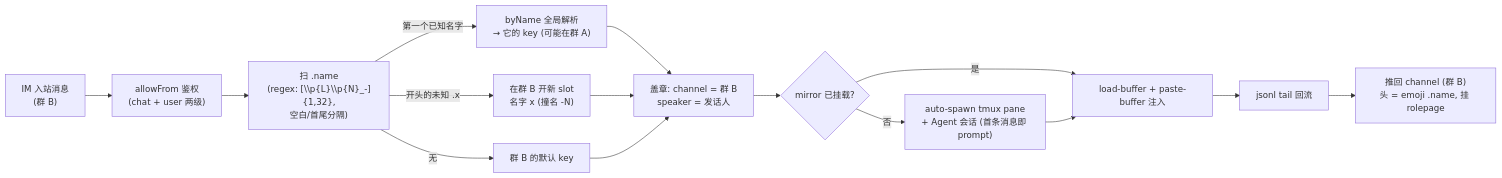
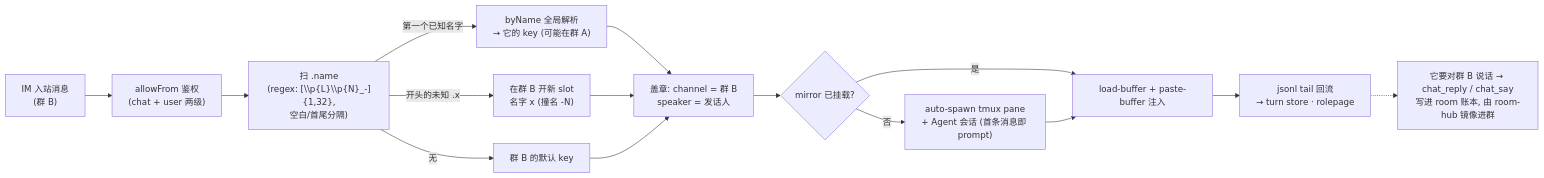
The fourth of 13 diagrams in 技术说明.md (guxi11/wezard), drawn with Mermaid before and after one commit. The commit also changed other lines of this file and 3 other files, not shown here.

````diff
--- a/技术说明.md
+++ b/技术说明.md
@@ -104,17 +110,17 @@
 ```mermaid
 flowchart LR
     msg["IM 入站消息<br/>(群 B)"] --> auth["allowFrom 鉴权<br/>(chat + user 两级)"]
     auth --> scan["扫 .name<br/>(regex: [\\p{L}\\p{N}_-]{1,32},<br/>空白/首尾分隔)"]
     scan -- "第一个已知名字" --> byname["byName 全局解析<br/>→ 它的 key (可能在群 A)"]
     scan -- "开头的未知 .x" --> fresh["在群 B 开新 slot<br/>名字 x (撞名 -N)"]
     scan -- "无" --> base["群 B 的默认 key"]
     byname --> stamp["盖章: channel = 群 B<br/>speaker = 发话人"]
     fresh --> stamp
     base --> stamp
     stamp --> exist{"mirror 已挂载?"}
     exist -- 否 --> spawn["auto-spawn tmux pane<br/>+ Agent 会话 (首条消息即 prompt)"]
     exist -- 是 --> paste["load-buffer + paste-buffer 注入"]
     spawn --> paste
-    paste --> tail["jsonl tail 回流"]
-    tail --> label["推回 channel (群 B)<br/>头 = emoji .name, 挂 rolepage"]
+    paste --> tail["jsonl tail 回流<br/>→ turn store · rolepage"]
+    tail -.-> reply["它要对群 B 说话 → chat_reply / chat_say<br/>写进 room 账本, 由 room-hub 镜像进群"]
 ```
````
